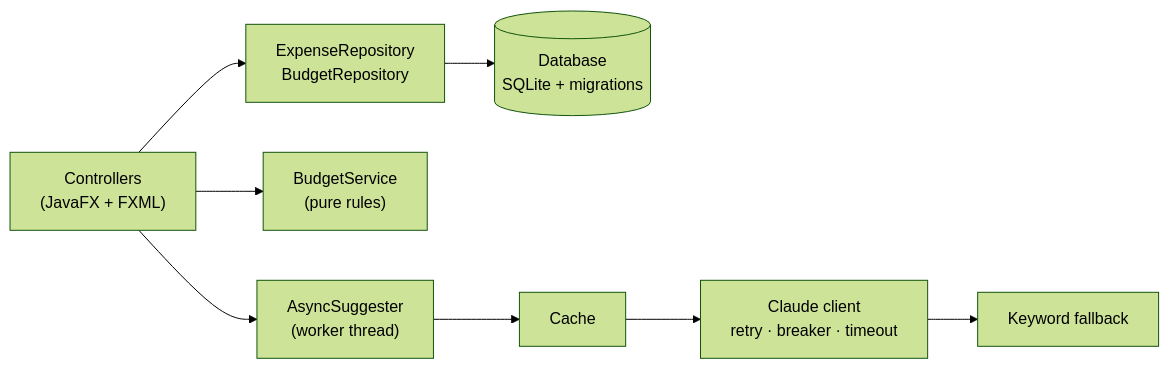
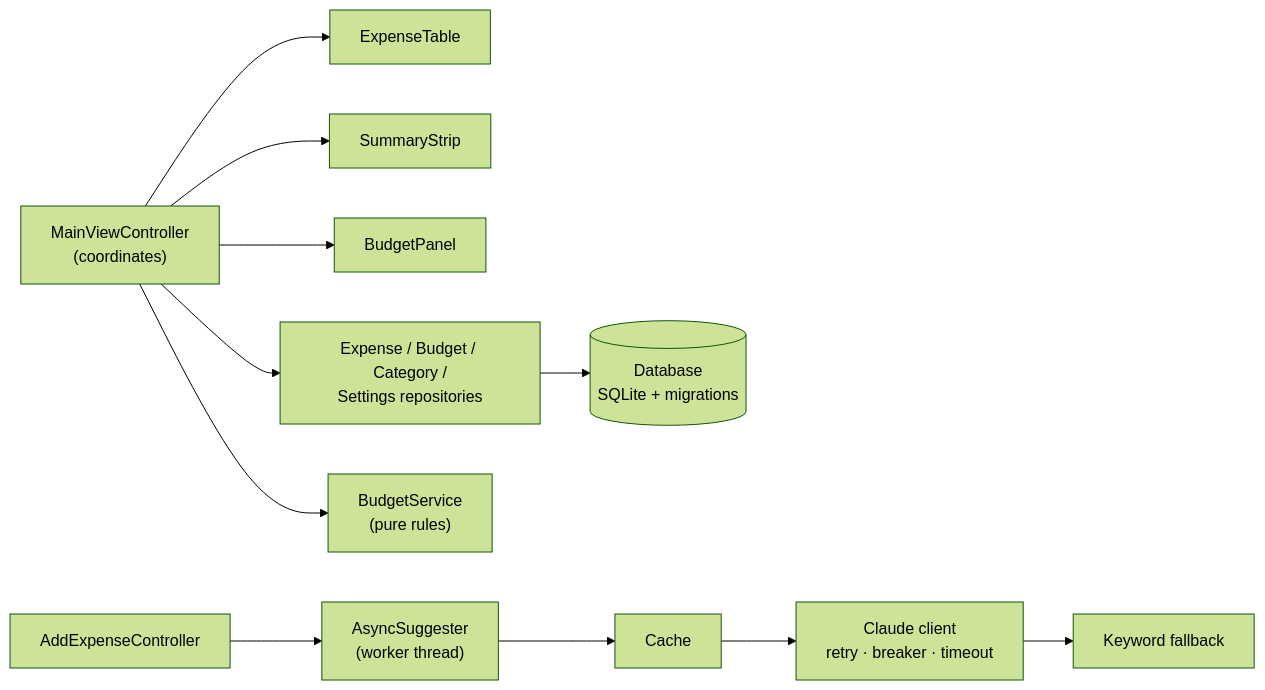
One commit to ykwise/java-ExpenseTracker-JavaFX-project changed the diagram in readme.md. Above: the diagram before and after it, drawn with Mermaid (forest theme). The commit also changed other lines of this file and 12 other files, not shown here.

````diff
--- a/readme.md
+++ b/readme.md
@@ -92,8 +112,11 @@
 ```mermaid
 flowchart LR
-    UI["Controllers<br/>(JavaFX + FXML)"] --> R["ExpenseRepository<br/>BudgetRepository"]
+    MV["MainViewController<br/>(coordinates)"] --> T["ExpenseTable"]
+    MV --> S["SummaryStrip"]
+    MV --> BP["BudgetPanel"]
+    MV --> R["Expense / Budget / Category /<br/>Settings repositories"]
     R --> DB[("Database<br/>SQLite + migrations")]
-    UI --> B["BudgetService<br/>(pure rules)"]
-    UI --> A["AsyncSuggester<br/>(worker thread)"]
+    MV --> B["BudgetService<br/>(pure rules)"]
+    AE["AddExpenseController"] --> A["AsyncSuggester<br/>(worker thread)"]
     A --> C["Cache"] --> L["Claude client<br/>retry · breaker · timeout"] --> K["Keyword fallback"]
 ```
````
